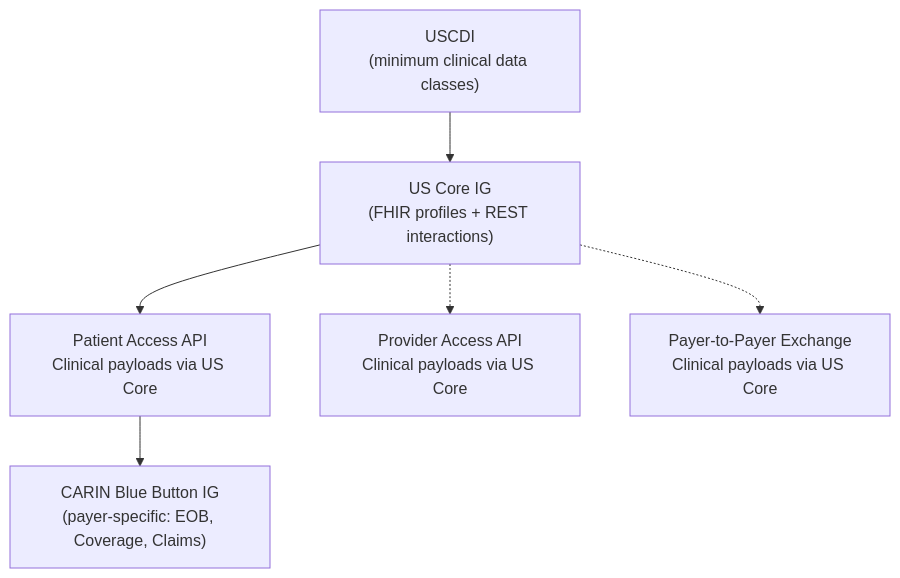
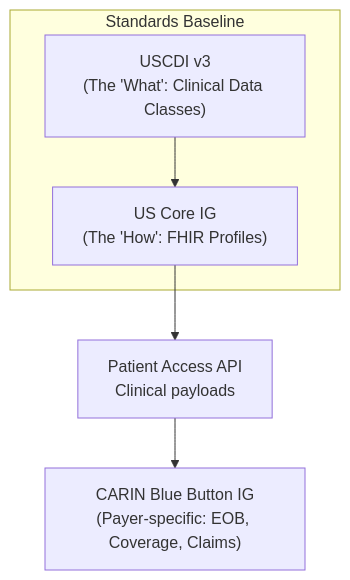
The first of 4 diagrams in 02-cms-9115f.md (agabhinav/learn-fhir), drawn with Mermaid before and after one commit. The commit also changed other lines of this file and 1 other file, not shown here.

````diff
--- a/02-cms-9115f.md
+++ b/02-cms-9115f.md
@@ -29,8 +38,11 @@
 ```mermaid
 flowchart TD
-  A["USCDI<br/>(minimum clinical data classes)"] --> B["US Core IG<br/>(FHIR profiles + REST interactions)"]
-  B --> C[Patient Access API<br/>Clinical payloads via US Core]
-  B -.-> D[Provider Access API<br/>Clinical payloads via US Core]
-  B -.-> E[Payer‑to‑Payer Exchange<br/>Clinical payloads via US Core]
-  C --> F["CARIN Blue Button IG<br/>(payer-specific: EOB, Coverage, Claims)"]
+  A["USCDI v3<br/>(The 'What': Clinical Data Classes)"] --> B["US Core IG<br/>(The 'How': FHIR Profiles)"]
+  B --> C[Patient Access API<br/>Clinical payloads]
+  C --> F["CARIN Blue Button IG<br/>(Payer-specific: EOB, Coverage, Claims)"]
+  
+  subgraph Standards Baseline
+    A
+    B
+  end
 ```
````
